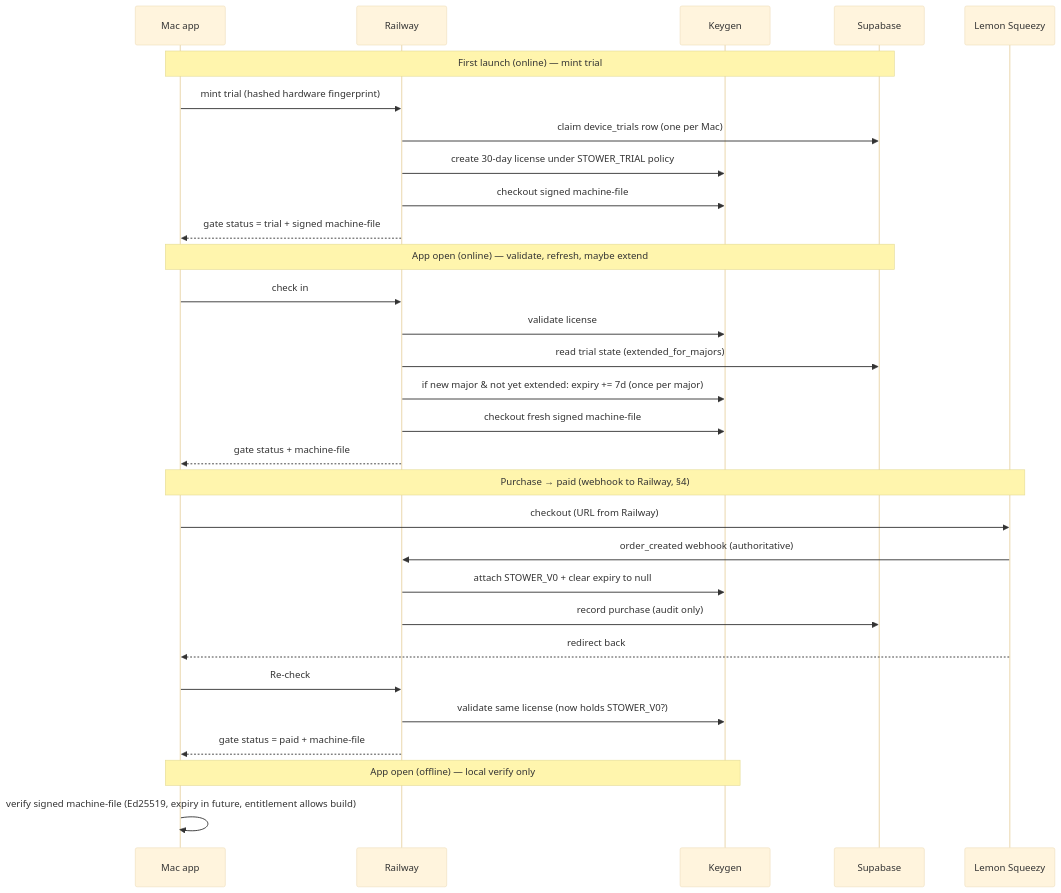
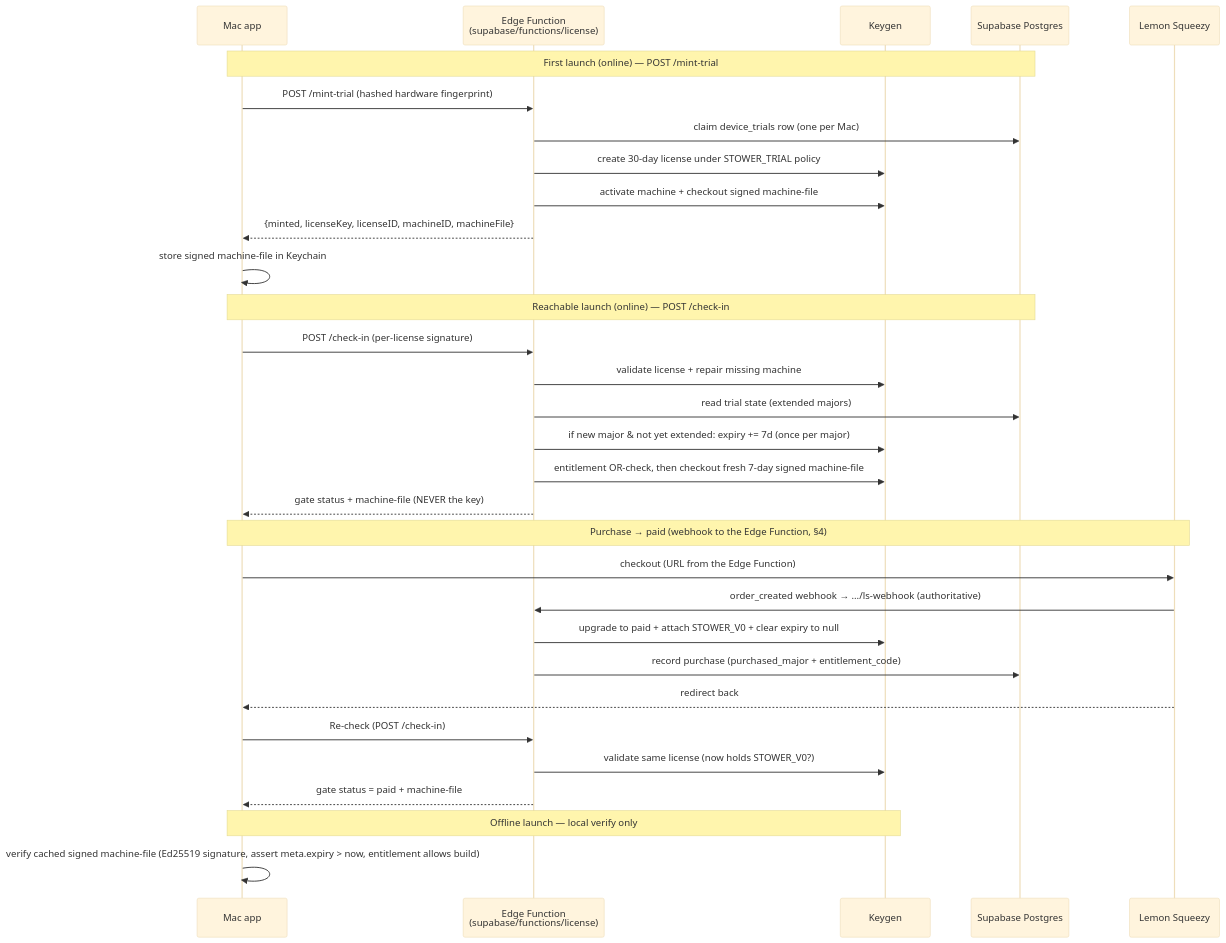
The second of 2 diagrams in Docs/Lifecycle.md (emilykangdev/stower), drawn with Mermaid (base theme) before and after one commit. The commit also changed other lines of this file and 15 other files, not shown here.

First line of the commit message:
Supabase licensing backend: Edge Function check-in brain (mint+check-in+webhook)

````diff
--- a/Docs/Lifecycle.md
+++ b/Docs/Lifecycle.md
@@ -108,36 +122,37 @@
 ```mermaid
 sequenceDiagram
     participant App as Mac app
-    participant R as Railway
+    participant EF as Edge Function<br/>(supabase/functions/license)
     participant K as Keygen
-    participant S as Supabase
+    participant S as Supabase Postgres
     participant LS as Lemon Squeezy
 
-    Note over App,S: First launch (online) — mint trial
-    App->>R: mint trial (hashed hardware fingerprint)
-    R->>S: claim device_trials row (one per Mac)
-    R->>K: create 30-day license under STOWER_TRIAL policy
-    R->>K: checkout signed machine-file
-    R-->>App: gate status = trial + signed machine-file
+    Note over App,S: First launch (online) — POST /mint-trial
+    App->>EF: POST /mint-trial (hashed hardware fingerprint)
+    EF->>S: claim device_trials row (one per Mac)
+    EF->>K: create 30-day license under STOWER_TRIAL policy
+    EF->>K: activate machine + checkout signed machine-file
+    EF-->>App: {minted, licenseKey, licenseID, machineID, machineFile}
+    App->>App: store signed machine-file in Keychain
 
-    Note over App,S: App open (online) — validate, refresh, maybe extend
-    App->>R: check in
-    R->>K: validate license
-    R->>S: read trial state (extended_for_majors)
-    R->>K: if new major & not yet extended: expiry += 7d (once per major)
-    R->>K: checkout fresh signed machine-file
-    R-->>App: gate status + machine-file
+    Note over App,S: Reachable launch (online) — POST /check-in
+    App->>EF: POST /check-in (per-license signature)
+    EF->>K: validate license + repair missing machine
+    EF->>S: read trial state (extended majors)
+    EF->>K: if new major & not yet extended: expiry += 7d (once per major)
+    EF->>K: entitlement OR-check, then checkout fresh 7-day signed machine-file
+    EF-->>App: gate status + machine-file (NEVER the key)
 
-    Note over App,LS: Purchase → paid (webhook to Railway, §4)
-    App->>LS: checkout (URL from Railway)
-    LS->>R: order_created webhook (authoritative)
-    R->>K: attach STOWER_V0 + clear expiry to null
-    R->>S: record purchase (audit only)
+    Note over App,LS: Purchase → paid (webhook to the Edge Function, §4)
+    App->>LS: checkout (URL from the Edge Function)
+    LS->>EF: order_created webhook → …/ls-webhook (authoritative)
+    EF->>K: upgrade to paid + attach STOWER_V0 + clear expiry to null
+    EF->>S: record purchase (purchased_major + entitlement_code)
     LS-->>App: redirect back
-    App->>R: Re-check
-    R->>K: validate same license (now holds STOWER_V0?)
-    R-->>App: gate status = paid + machine-file
+    App->>EF: Re-check (POST /check-in)
+    EF->>K: validate same license (now holds STOWER_V0?)
+    EF-->>App: gate status = paid + machine-file
 
-    Note over App,K: App open (offline) — local verify only
-    App->>App: verify signed machine-file (Ed25519, expiry in future, entitlement allows build)
+    Note over App,K: Offline launch — local verify only
+    App->>App: verify cached signed machine-file (Ed25519 signature, assert meta.expiry > now, entitlement allows build)
 ```
````
